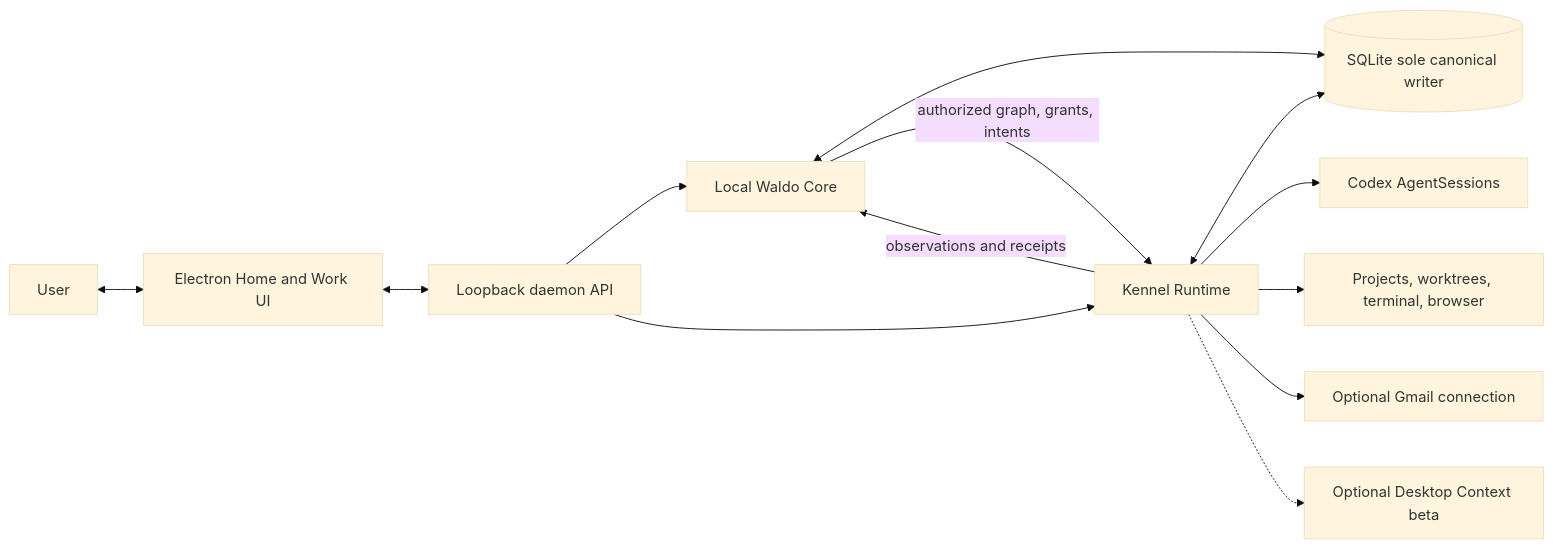
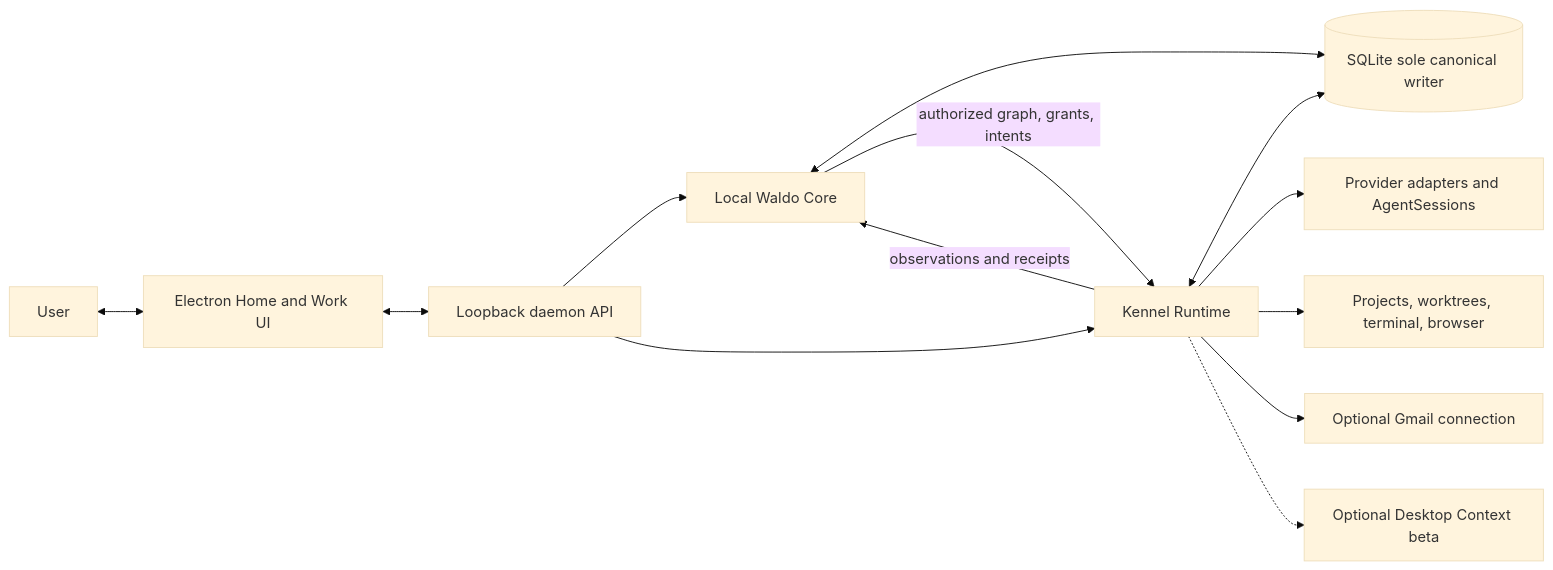
Before and after one commit to Pin4sf/Waldo-Kennel: the second of 2 diagrams in docs/product/kennel-v1-team-review-packet.md, drawn with Mermaid (base theme). The commit also changed other lines of this file and 6 other files, not shown here.

````diff
--- a/docs/product/kennel-v1-team-review-packet.md
+++ b/docs/product/kennel-v1-team-review-packet.md
@@ -173,15 +174,15 @@
 ```mermaid
 flowchart LR
   U["User"] <--> UI["Electron Home and Work UI"]
   UI <--> API["Loopback daemon API"]
   API --> W["Local Waldo Core"]
   API --> K["Kennel Runtime"]
   W <--> DB[("SQLite sole canonical writer")]
   K <--> DB
-  K --> C["Codex AgentSessions"]
+  K --> C["Provider adapters and AgentSessions"]
   K --> F["Projects, worktrees, terminal, browser"]
   K --> G["Optional Gmail connection"]
   K -.-> D["Optional Desktop Context beta"]
   K -->|"observations and receipts"| W
   W -->|"authorized graph, grants, intents"| K
 ```
````
